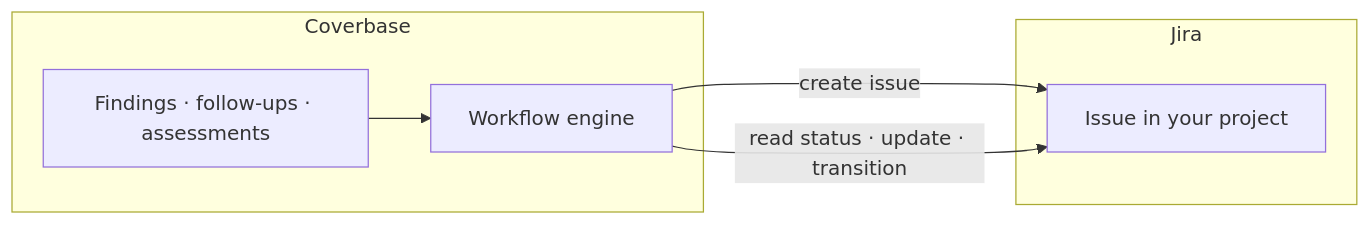
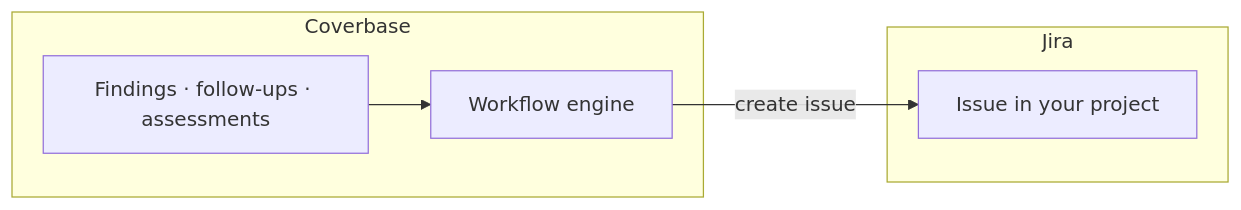
One commit to coverbasedev/docs changed the diagram in integrations/guides/jira.mdx. Above: the diagram before and after it, drawn with Mermaid. The commit also changed other lines of this file and 214 other files, not shown here.

````diff
--- a/integrations/guides/jira.mdx
+++ b/integrations/guides/jira.mdx
@@ -13,13 +13,12 @@
 ```mermaid
 flowchart LR
   subgraph cb["Coverbase"]
     wf["Workflow engine"]
     obj["Findings · follow-ups · assessments"]
   end
   subgraph jira["Jira"]
     issue["Issue in your project"]
   end
   obj --> wf
   wf -->|create issue| issue
-  wf -->|read status · update · transition| issue
 ```
````
